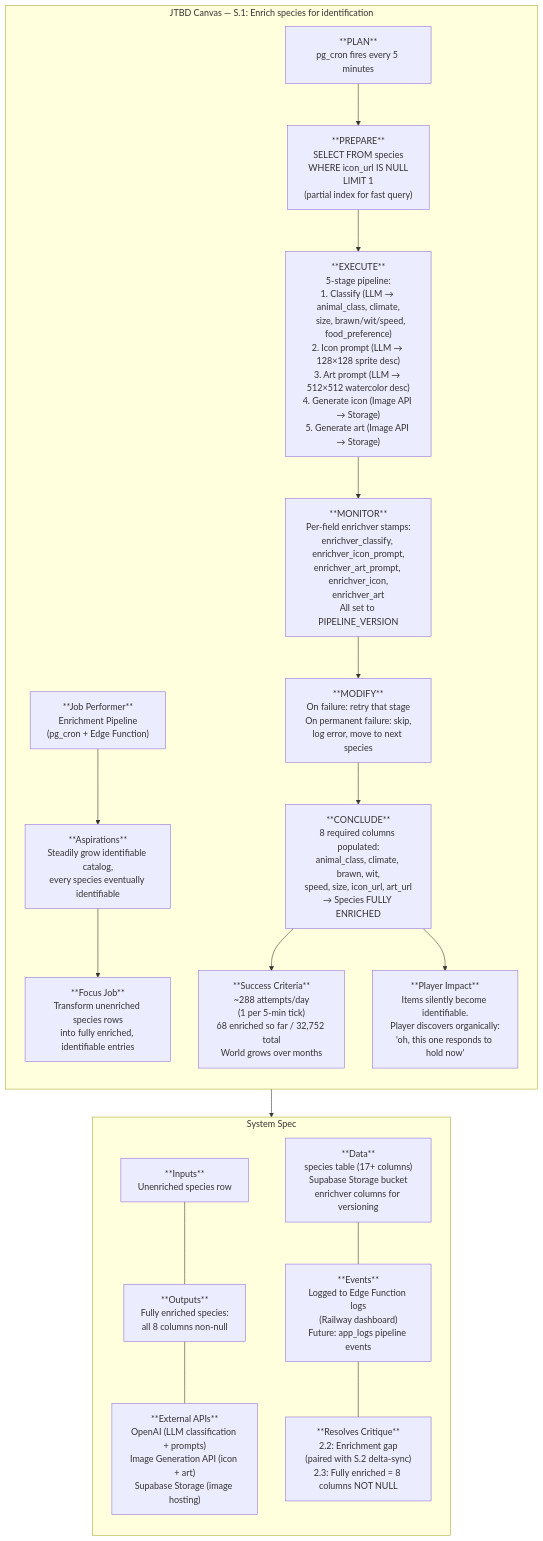
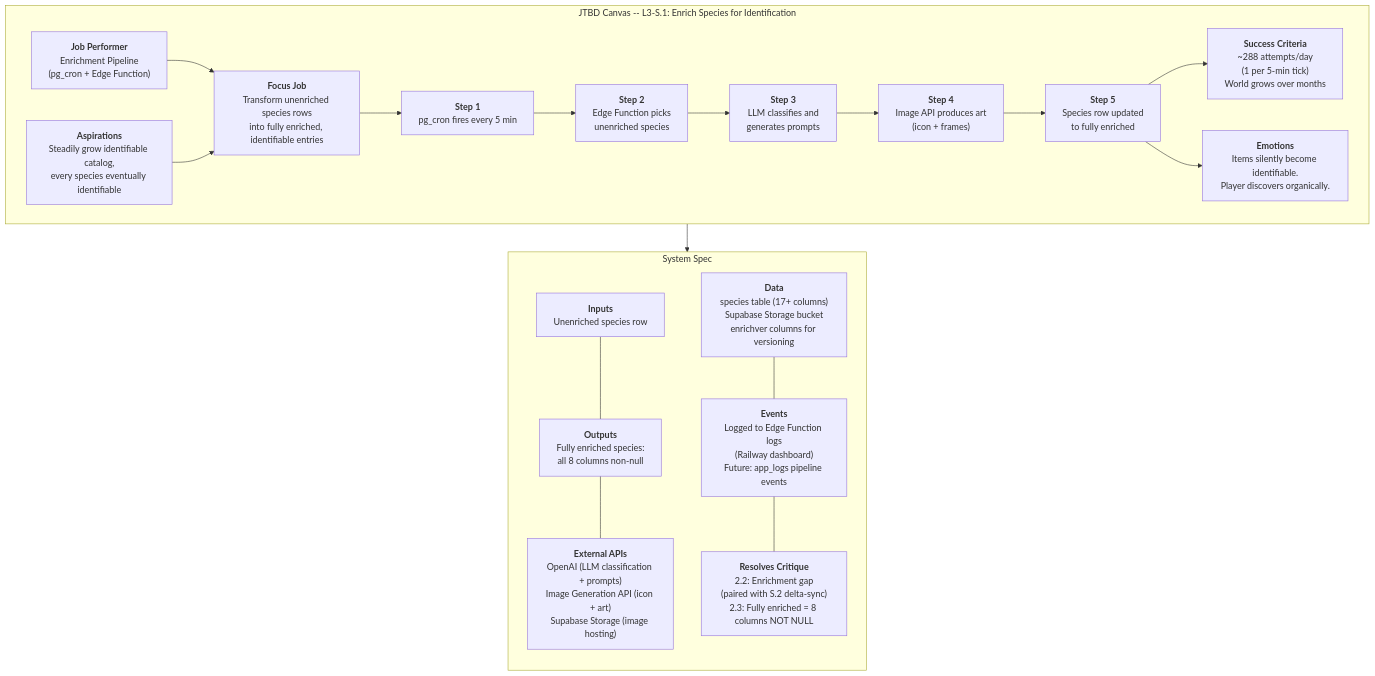
One commit to JMLegere/geo-app changed the diagram in docs/diagrams/problem/s1-enrich-species.mmd. Above: the diagram before and after it, drawn with Mermaid. The commit also changed 52 other files, not shown here.

First line of the commit message:
docs: replace generic JTBD steps with job hierarchy decomposition

```diff
--- a/docs/diagrams/problem/s1-enrich-species.mmd
+++ b/docs/diagrams/problem/s1-enrich-species.mmd
@@ -1,44 +1,37 @@
 %% Status: NEEDS HUMAN REVIEW
-%% L3-S.1: Enrich species for identification
-%% Parent: S (Keep the world growing)
+flowchart TD
+    subgraph JTBD["JTBD Canvas -- L3-S.1: Enrich Species for Identification"]
+        JP["<b>Job Performer</b><br/>Enrichment Pipeline<br/>(pg_cron + Edge Function)"]
+        ASP["<b>Aspirations</b><br/>Steadily grow identifiable catalog,<br/>every species eventually identifiable"]
+        FJ["<b>Focus Job</b><br/>Transform unenriched species rows<br/>into fully enriched, identifiable entries"]
+        S1["<b>Step 1</b><br/>pg_cron fires every 5 min"]
+        S2["<b>Step 2</b><br/>Edge Function picks<br/>unenriched species"]
+        S3["<b>Step 3</b><br/>LLM classifies and<br/>generates prompts"]
+        S4["<b>Step 4</b><br/>Image API produces art<br/>(icon + frames)"]
+        S5["<b>Step 5</b><br/>Species row updated<br/>to fully enriched"]
+        SC["<b>Success Criteria</b><br/>~288 attempts/day<br/>(1 per 5-min tick)<br/>World grows over months"]
+        EM["<b>Emotions</b><br/>Items silently become identifiable.<br/>Player discovers organically."]
 
-flowchart TD
-    subgraph JTBD["JTBD Canvas — S.1: Enrich species for identification"]
-        direction TB
-
-        JP["**Job Performer**\nEnrichment Pipeline\n(pg_cron + Edge Function)"]
-        ASP["**Aspirations**\nSteadily grow identifiable catalog,\nevery species eventually identifiable"]
-        FJ["**Focus Job**\nTransform unenriched species rows\ninto fully enriched, identifiable entries"]
-
-        PLAN["**PLAN**\npg_cron fires every 5 minutes"]
-        PREPARE["**PREPARE**\nSELECT FROM species\nWHERE icon_url IS NULL\nLIMIT 1\n(partial index for fast query)"]
-        EXECUTE["**EXECUTE**\n5-stage pipeline:\n1. Classify (LLM → animal_class, climate,\n   size, brawn/wit/speed, food_preference)\n2. Icon prompt (LLM → 128×128 sprite desc)\n3. Art prompt (LLM → 512×512 watercolor desc)\n4. Generate icon (Image API → Storage)\n5. Generate art (Image API → Storage)"]
-        MONITOR["**MONITOR**\nPer-field enrichver stamps:\nenrichver_classify, enrichver_icon_prompt,\nenrichver_art_prompt, enrichver_icon,\nenrichver_art\nAll set to PIPELINE_VERSION"]
-        MODIFY["**MODIFY**\nOn failure: retry that stage\nOn permanent failure: skip,\nlog error, move to next species"]
-        CONCLUDE["**CONCLUDE**\n8 required columns populated:\nanimal_class, climate, brawn, wit,\nspeed, size, icon_url, art_url\n→ Species FULLY ENRICHED"]
-
-        JP --> ASP --> FJ
-        PLAN --> PREPARE --> EXECUTE --> MONITOR --> MODIFY --> CONCLUDE
-
-        SC["**Success Criteria**\n~288 attempts/day\n(1 per 5-min tick)\n68 enriched so far / 32,752 total\nWorld grows over months"]
-        EM["**Player Impact**\nItems silently become identifiable.\nPlayer discovers organically:\n'oh, this one responds to hold now'"]
-
-        CONCLUDE --> SC
-        CONCLUDE --> EM
+        JP --> FJ
+        ASP --> FJ
+        FJ --> S1
+        S1 --> S2 --> S3 --> S4 --> S5
+        S5 --> SC
+        S5 --> EM
     end
 
     subgraph SYS["System Spec"]
         direction TB
 
-        IN["**Inputs**\nUnenriched species row"]
-        OUT["**Outputs**\nFully enriched species:\nall 8 columns non-null"]
-        APIS["**External APIs**\nOpenAI (LLM classification + prompts)\nImage Generation API (icon + art)\nSupabase Storage (image hosting)"]
-        DATA["**Data**\nspecies table (17+ columns)\nSupabase Storage bucket\nenrichver columns for versioning"]
-        EVENTS["**Events**\nLogged to Edge Function logs\n(Railway dashboard)\nFuture: app_logs pipeline events"]
-        RESOLVES["**Resolves Critique**\n2.2: Enrichment gap\n(paired with S.2 delta-sync)\n2.3: Fully enriched = 8 columns NOT NULL"]
+        IN["<b>Inputs</b><br/>Unenriched species row"]
+        OUT["<b>Outputs</b><br/>Fully enriched species:<br/>all 8 columns non-null"]
+        APIS["<b>External APIs</b><br/>OpenAI (LLM classification + prompts)<br/>Image Generation API (icon + art)<br/>Supabase Storage (image hosting)"]
+        DATA["<b>Data</b><br/>species table (17+ columns)<br/>Supabase Storage bucket<br/>enrichver columns for versioning"]
+        EVENTS["<b>Events</b><br/>Logged to Edge Function logs<br/>(Railway dashboard)<br/>Future: app_logs pipeline events"]
+        RESOLVES["<b>Resolves Critique</b><br/>2.2: Enrichment gap<br/>(paired with S.2 delta-sync)<br/>2.3: Fully enriched = 8 columns NOT NULL"]
 
         IN --- OUT --- APIS
         DATA --- EVENTS --- RESOLVES
     end
 
     JTBD --> SYS
```
